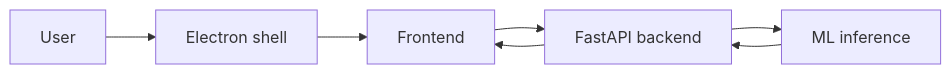
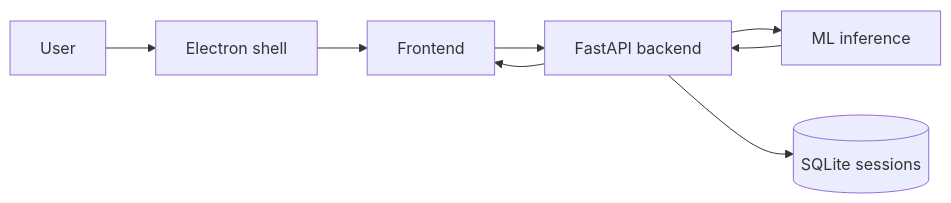
Before and after one commit to sofia-gordievskikh/fitnessCvApp: the diagram in docs/architecture.md, drawn with Mermaid. The commit also changed other lines of this file and 4 other files, not shown here.

````diff
--- a/docs/architecture.md
+++ b/docs/architecture.md
@@ -3,9 +3,10 @@
 ```mermaid
 flowchart LR
     U[User] --> E[Electron shell]
     E --> F[Frontend]
     F --> B[FastAPI backend]
     B --> M[ML inference]
     M --> B
+    B --> DB[(SQLite sessions)]
     B --> F
 ```
````
